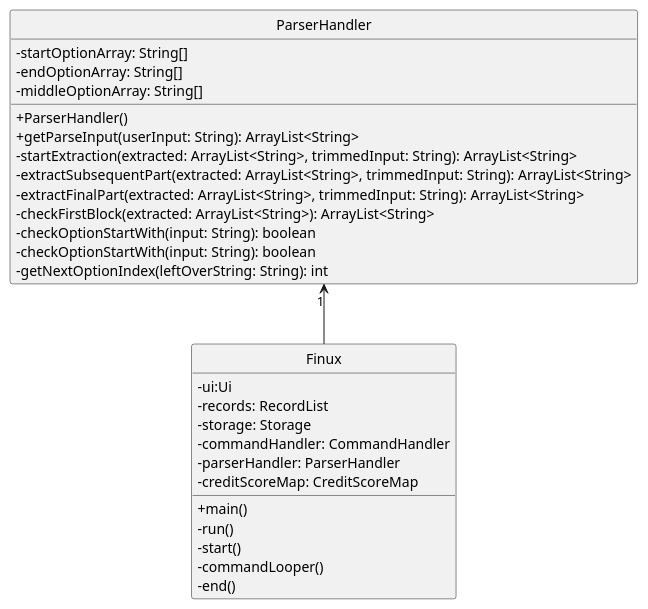
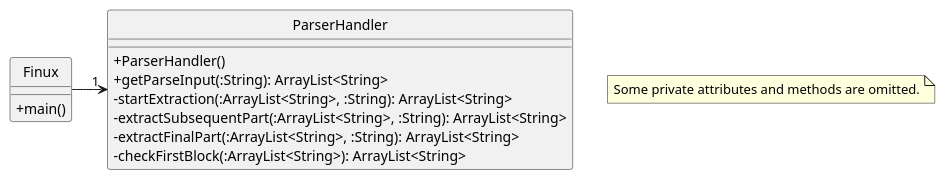
Before and after one commit to nus-cs2113-AY2021S2/tp: the diagram in docs/diagrams/ParserHandlerClassDiagram.puml, drawn with PlantUML. The commit also changed 4 other files, not shown here.

```diff
--- a/docs/diagrams/ParserHandlerClassDiagram.puml
+++ b/docs/diagrams/ParserHandlerClassDiagram.puml
@@ -1,39 +1,25 @@
 @startuml
 'https://plantuml.com/sequence-diagram
 hide circle
 skinparam classAttributeIconSize 0
 skinparam monochrome false
 
+note "Some private attributes and methods are omitted." as N1
+
 class ParserHandler {
-    -startOptionArray: String[]
-    -endOptionArray: String[]
-    -middleOptionArray: String[]
     +ParserHandler()
-    +getParseInput(userInput: String): ArrayList<String>
-    -startExtraction(extracted: ArrayList<String>, trimmedInput: String): ArrayList<String>
-    -extractSubsequentPart(extracted: ArrayList<String>, trimmedInput: String): ArrayList<String>
-    -extractFinalPart(extracted: ArrayList<String>, trimmedInput: String): ArrayList<String>
-    -checkFirstBlock(extracted: ArrayList<String>): ArrayList<String>
-    -checkOptionStartWith(input: String): boolean
-    -checkOptionStartWith(input: String): boolean
-    -getNextOptionIndex(leftOverString: String): int
+    +getParseInput(:String): ArrayList<String>
+    -startExtraction(:ArrayList<String>, :String): ArrayList<String>
+    -extractSubsequentPart(:ArrayList<String>, :String): ArrayList<String>
+    -extractFinalPart(:ArrayList<String>, :String): ArrayList<String>
+    -checkFirstBlock(:ArrayList<String>): ArrayList<String>
 }
 
 class Finux {
-    -ui:Ui
-    -records: RecordList
-    -storage: Storage
-    -commandHandler: CommandHandler
-    -parserHandler: ParserHandler
-    -creditScoreMap: CreditScoreMap
 
     +main()
-    -run()
-    -start()
-    -commandLooper()
-    -end()
 }
 
-ParserHandler"1" <-- Finux
+Finux -> "1"ParserHandler
 
 @enduml
```
